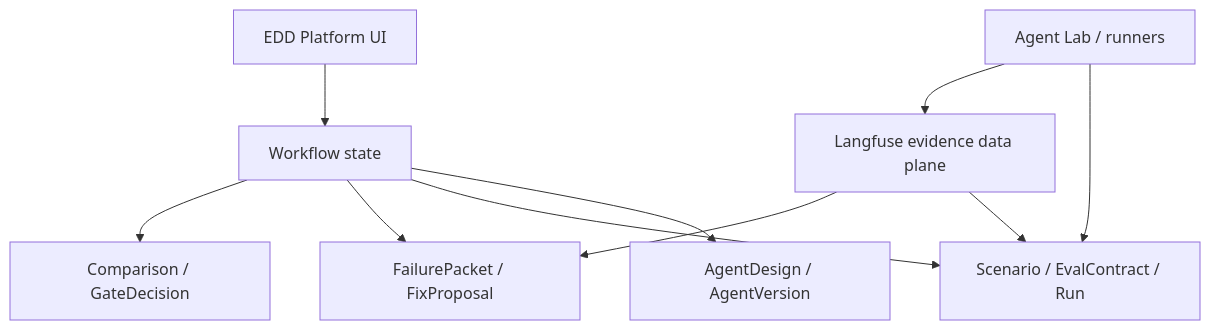
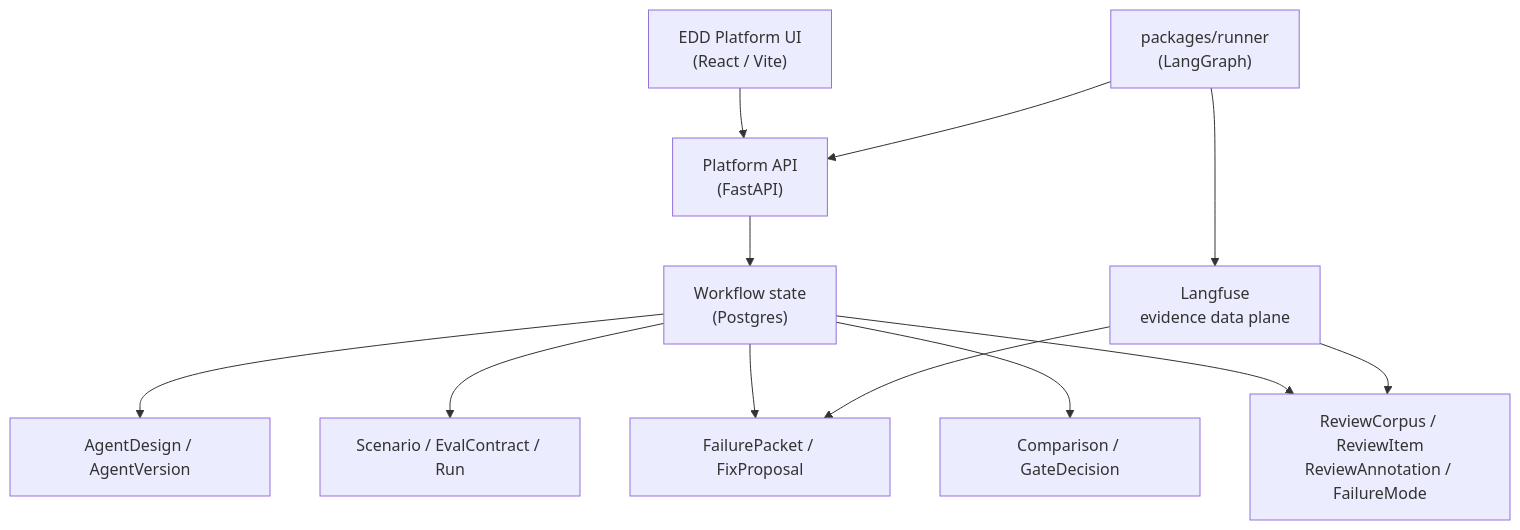
The diagram in docs/architecture/overview.mdx (bfalkowski/edd-platform-docs), drawn with Mermaid before and after one commit. The commit also changed other lines of this file and 13 other files, not shown here.

````diff
--- a/docs/architecture/overview.mdx
+++ b/docs/architecture/overview.mdx
@@ -8,13 +8,15 @@
 ```mermaid
 flowchart TB
-  UI["EDD Platform UI"] --> Workflow["Workflow state"]
+  UI["EDD Platform UI\n(React / Vite)"] --> API["Platform API\n(FastAPI)"]
+  API --> Workflow["Workflow state\n(Postgres)"]
   Workflow --> Versions["AgentDesign / AgentVersion"]
   Workflow --> Evaluation["Scenario / EvalContract / Run"]
   Workflow --> Diagnosis["FailurePacket / FixProposal"]
   Workflow --> Decisions["Comparison / GateDecision"]
+  Workflow --> ErrorAnalysis["ReviewCorpus / ReviewItem\nReviewAnnotation / FailureMode"]
 
-  Runners["Agent Lab / runners"] --> Evaluation
-  Runners --> Langfuse["Langfuse evidence data plane"]
-  Langfuse --> Evaluation
+  Runner["packages/runner\n(LangGraph)"] --> API
+  Runner --> Langfuse["Langfuse\nevidence data plane"]
   Langfuse --> Diagnosis
+  Langfuse --> ErrorAnalysis
 ```
````
